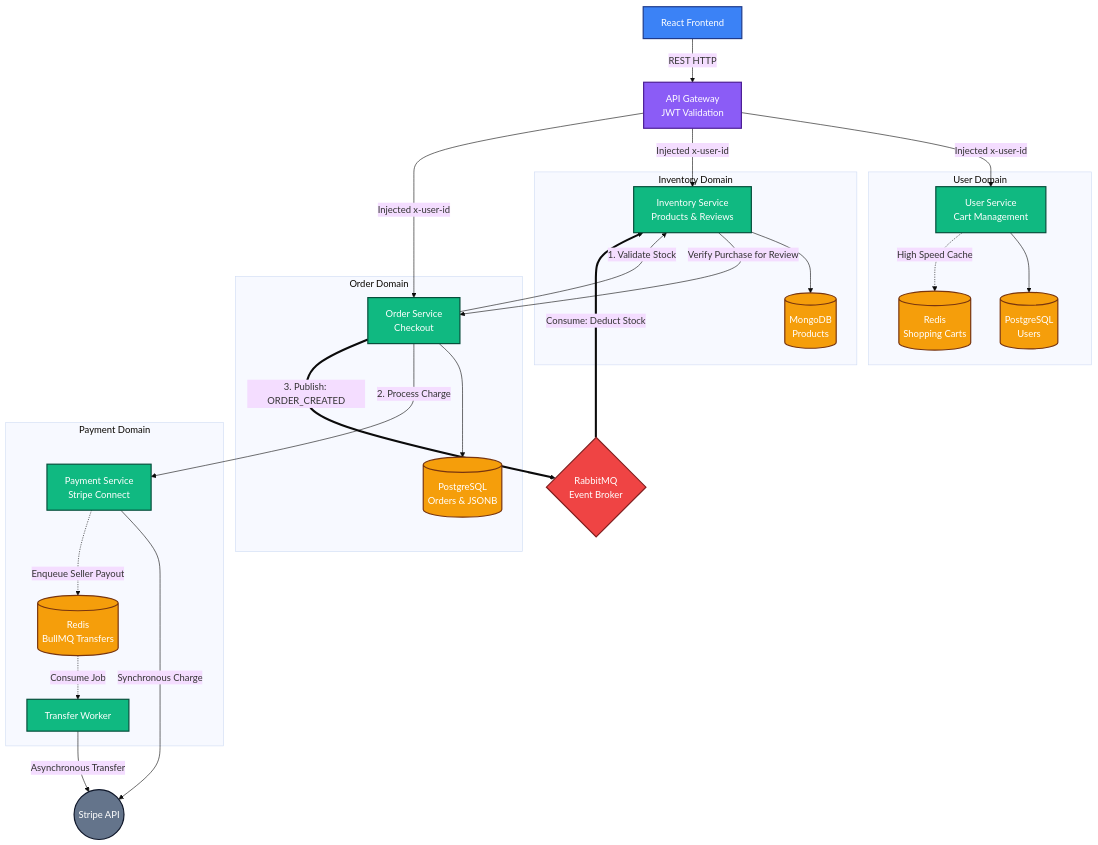
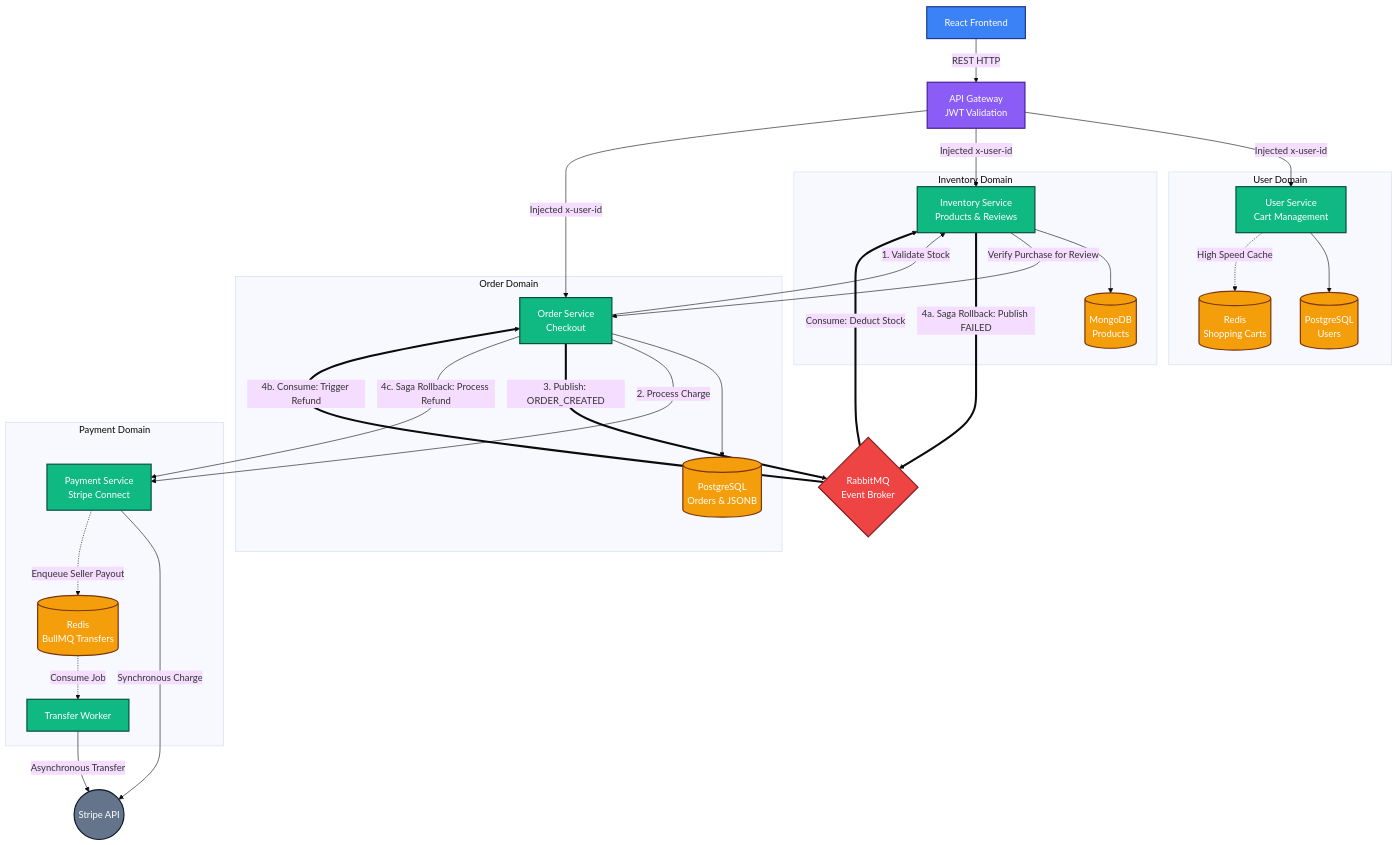
The diagram in README.md (ShivamChaturvedi05/Orbit), drawn with Mermaid (base theme) before and after one commit.

````diff
--- a/README.md
+++ b/README.md
@@ -11,64 +11,69 @@
 ```mermaid
 graph TD
     %% Define styles
     classDef frontend fill:#3b82f6,stroke:#1e3a8a,stroke-width:2px,color:#fff;
     classDef gateway fill:#8b5cf6,stroke:#4c1d95,stroke-width:2px,color:#fff;
     classDef service fill:#10b981,stroke:#064e3b,stroke-width:2px,color:#fff;
     classDef db fill:#f59e0b,stroke:#78350f,stroke-width:2px,color:#fff;
     classDef queue fill:#ef4444,stroke:#7f1d1d,stroke-width:2px,color:#fff;
     classDef external fill:#64748b,stroke:#0f172a,stroke-width:2px,color:#fff;
 
     %% Nodes
     Client[React Frontend]:::frontend
     Gateway[API Gateway<br/>JWT Validation]:::gateway
 
     subgraph User Domain
         UserSvc[User Service<br/>Cart Management]:::service
         UserDB[(PostgreSQL<br/>Users)]:::db
         CartDB[(Redis<br/>Shopping Carts)]:::db
     end
 
     subgraph Inventory Domain
         InvSvc[Inventory Service<br/>Products & Reviews]:::service
         InvDB[(MongoDB<br/>Products)]:::db
     end
 
     subgraph Order Domain
         OrderSvc[Order Service<br/>Checkout]:::service
         OrderDB[(PostgreSQL<br/>Orders & JSONB)]:::db
     end
 
     subgraph Payment Domain
         PaySvc[Payment Service<br/>Stripe Connect]:::service
         BullMQ[(Redis<br/>BullMQ Transfers)]:::db
         Worker[Transfer Worker]:::service
     end
 
     RabbitMQ{RabbitMQ<br/>Event Broker}:::queue
     Stripe((Stripe API)):::external
 
     %% Relationships
     Client -->|REST HTTP| Gateway
     Gateway -->|Injected x-user-id| UserSvc
     Gateway -->|Injected x-user-id| InvSvc
     Gateway -->|Injected x-user-id| OrderSvc
     
     UserSvc --> UserDB
     UserSvc -.->|High Speed Cache| CartDB
 
     InvSvc --> InvDB
     OrderSvc --> OrderDB
 
     OrderSvc -->|1. Validate Stock| InvSvc
     OrderSvc -->|2. Process Charge| PaySvc
 
     OrderSvc ==>|3. Publish: ORDER_CREATED| RabbitMQ
     RabbitMQ ==>|Consume: Deduct Stock| InvSvc
     
     InvSvc -->|Verify Purchase for Review| OrderSvc
 
     PaySvc -->|Synchronous Charge| Stripe
     PaySvc -.->|Enqueue Seller Payout| BullMQ
     BullMQ -.->|Consume Job| Worker
     Worker -->|Asynchronous Transfer| Stripe
+
+    %% Saga Pattern Rollback Flow
+    InvSvc ==>|4a. Saga Rollback: Publish FAILED| RabbitMQ
+    RabbitMQ ==>|4b. Consume: Trigger Refund| OrderSvc
+    OrderSvc -->|4c. Saga Rollback: Process Refund| PaySvc
 ```
````
